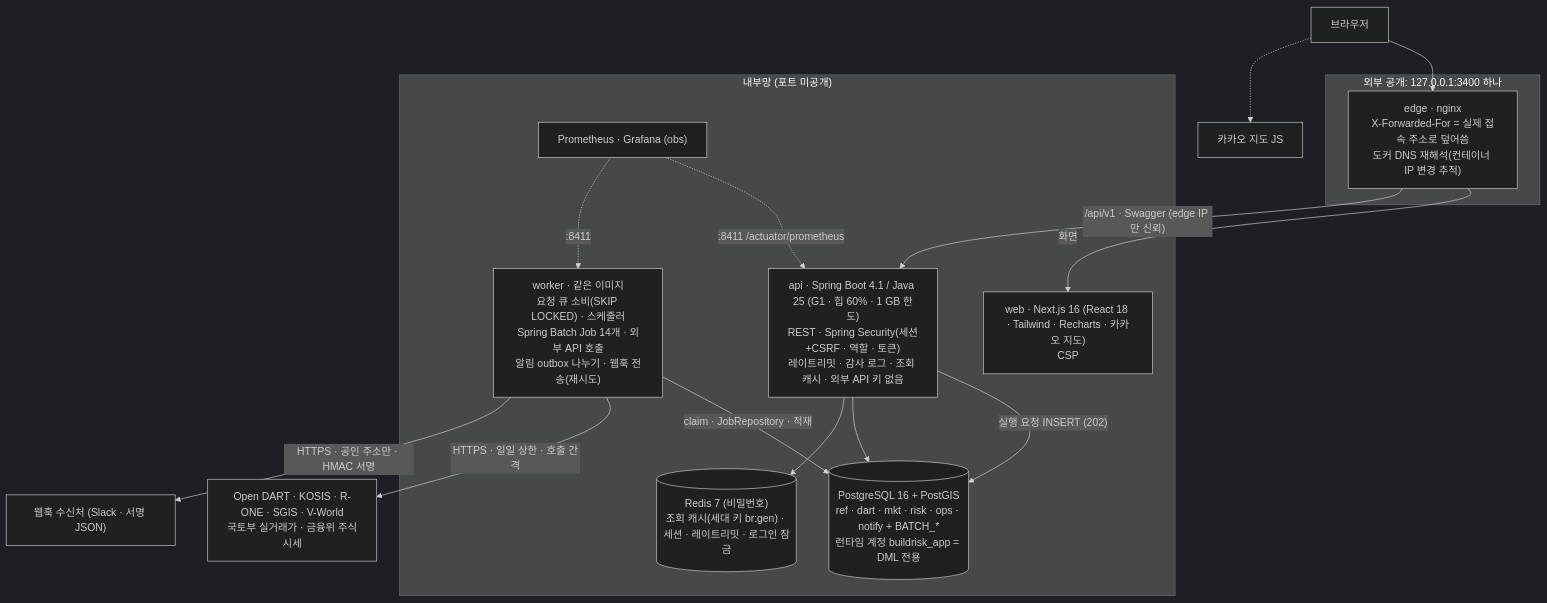
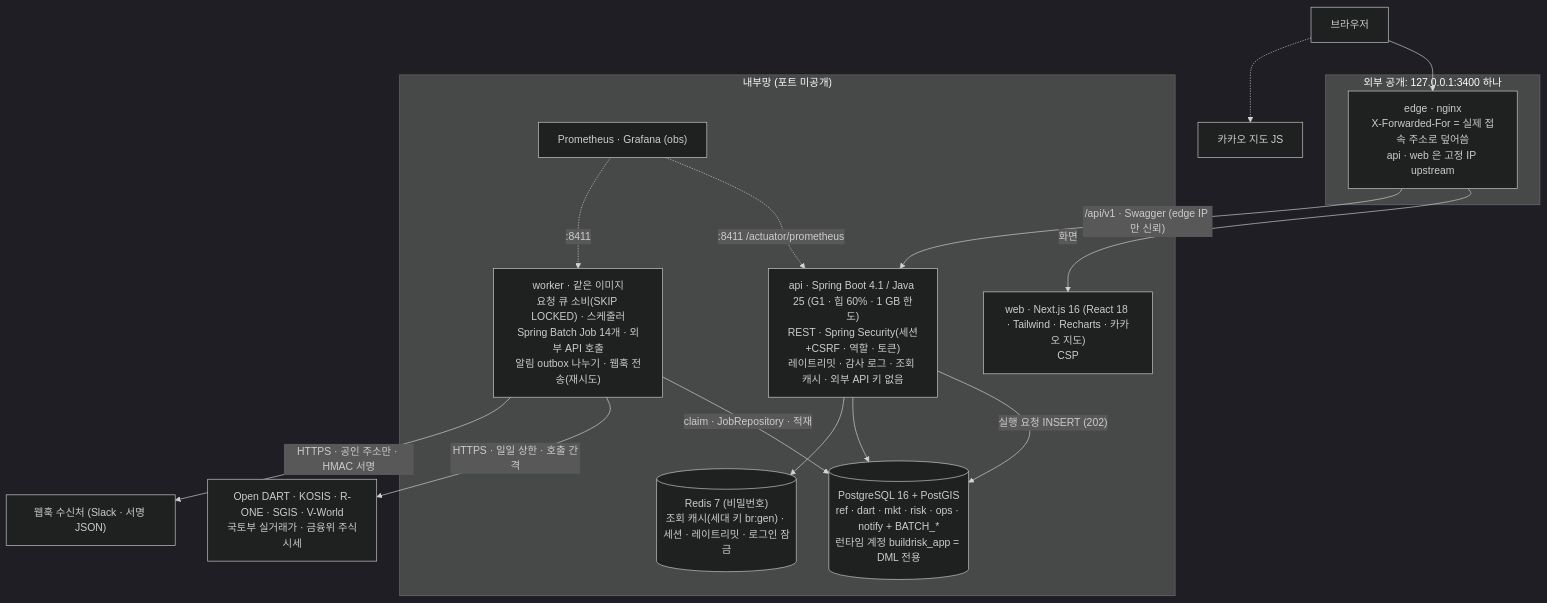
The first of 2 diagrams in README.md (Jinyoung-Kang/buildrisk-radar), drawn with Mermaid (dark theme) before and after one commit. The commit also changed other lines of this file and 14 other files, not shown here.

````diff
--- a/README.md
+++ b/README.md
@@ -119,31 +119,31 @@
 ```mermaid
 flowchart TB
   user["브라우저"]
   subgraph edgezone["외부 공개: 127.0.0.1:3400 하나"]
-    edge["edge · nginx<br/>X-Forwarded-For = 실제 접속 주소로 덮어씀<br/>도커 DNS 재해석(컨테이너 IP 변경 추적)"]
+    edge["edge · nginx<br/>X-Forwarded-For = 실제 접속 주소로 덮어씀<br/>api · web 은 고정 IP upstream"]
   end
   subgraph internal["내부망 (포트 미공개)"]
     web["web · Next.js 16 (React 18 · Tailwind · Recharts · 카카오 지도)<br/>CSP"]
     api["api · Spring Boot 4.1 / Java 25 (G1 · 힙 60% · 1 GB 한도)<br/>REST · Spring Security(세션+CSRF · 역할 · 토큰)<br/>레이트리밋 · 감사 로그 · 조회 캐시 · 외부 API 키 없음"]
     worker["worker · 같은 이미지<br/>요청 큐 소비(SKIP LOCKED) · 스케줄러<br/>Spring Batch Job 14개 · 외부 API 호출<br/>알림 outbox 나누기 · 웹훅 전송(재시도)"]
     pg[("PostgreSQL 16 + PostGIS<br/>ref · dart · mkt · risk · ops · notify + BATCH_*<br/>런타임 계정 buildrisk_app = DML 전용")]
     redis[("Redis 7 (비밀번호)<br/>조회 캐시(세대 키 br:gen) · 세션 · 레이트리밋 · 로그인 잠금")]
     prom["Prometheus · Grafana (obs)"]
   end
   ext["Open DART · KOSIS · R-ONE · SGIS · V-World<br/>국토부 실거래가 · 금융위 주식시세"]
   hook["웹훅 수신처 (Slack · 서명 JSON)"]
   kakao["카카오 지도 JS"]
 
   user --> edge
   user -.-> kakao
   edge -- "화면" --> web
   edge -- "/api/v1 · Swagger (edge IP 만 신뢰)" --> api
   api -- "실행 요청 INSERT (202)" --> pg
   worker -- "claim · JobRepository · 적재" --> pg
   worker -- "HTTPS · 일일 상한 · 호출 간격" --> ext
   worker -- "HTTPS · 공인 주소만 · HMAC 서명" --> hook
   api --> pg
   api --> redis
   prom -. ":8411 /actuator/prometheus" .-> api
   prom -. ":8411" .-> worker
 ```
````
